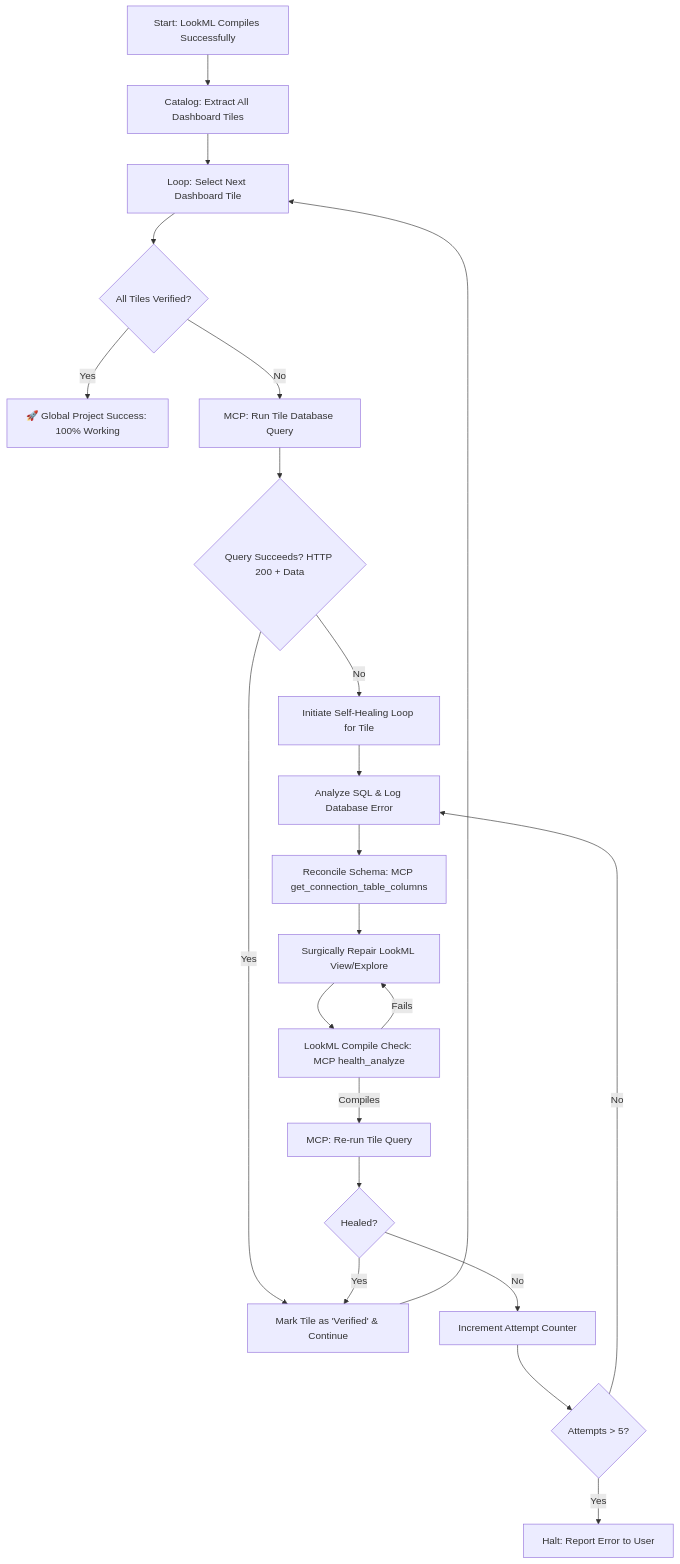
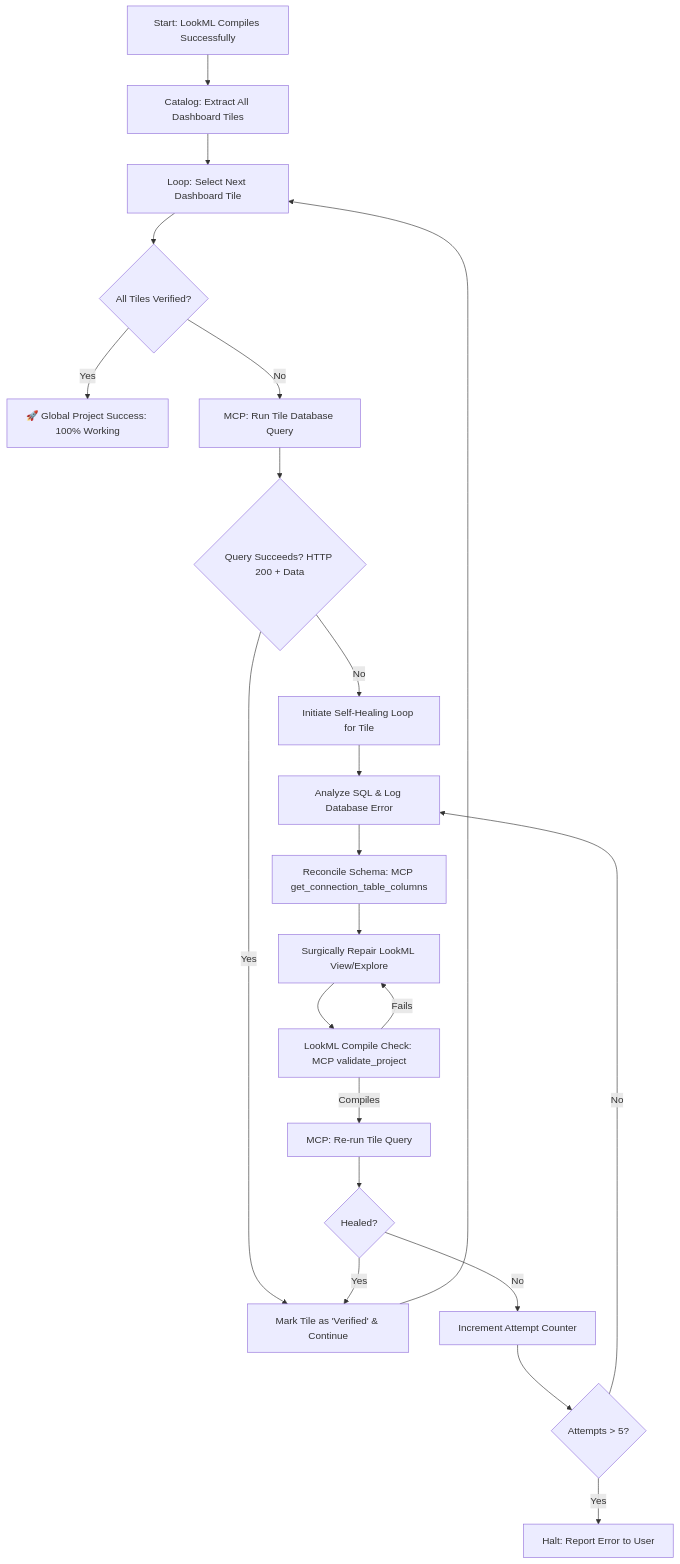
Before and after one commit to looker-open-source/looker-skills: the diagram in skills/looker-architect/references/sql_runtime_debugging.md, drawn with Mermaid. The commit also changed other lines of this file and 4 other files, not shown here.

First line of the commit message:
fix(skills): use validate_project as the MCP LookML validation step

````diff
--- a/skills/looker-architect/references/sql_runtime_debugging.md
+++ b/skills/looker-architect/references/sql_runtime_debugging.md
@@ -15,24 +15,24 @@
 ```mermaid
 graph TD
     A[Start: LookML Compiles Successfully] --> B[Catalog: Extract All Dashboard Tiles]
     B --> C[Loop: Select Next Dashboard Tile]
     C --> D{All Tiles Verified?}
     D -->|Yes| E[🚀 Global Project Success: 100% Working]
     D -->|No| F[MCP: Run Tile Database Query]
     F --> G{Query Succeeds? HTTP 200 + Data}
     G -->|Yes| H[Mark Tile as 'Verified' & Continue]
     H --> C
     G -->|No| I[Initiate Self-Healing Loop for Tile]
     I --> J[Analyze SQL & Log Database Error]
     J --> K[Reconcile Schema: MCP get_connection_table_columns]
     K --> L[Surgically Repair LookML View/Explore]
-    L --> M[LookML Compile Check: MCP health_analyze]
+    L --> M[LookML Compile Check: MCP validate_project]
     M -->|Compiles| N[MCP: Re-run Tile Query]
     M -->|Fails| L
     N --> O{Healed?}
     O -->|Yes| H
     O -->|No| P[Increment Attempt Counter]
     P --> Q{Attempts > 5?}
     Q -->|Yes| R[Halt: Report Error to User]
     Q -->|No| J
 ```
````
